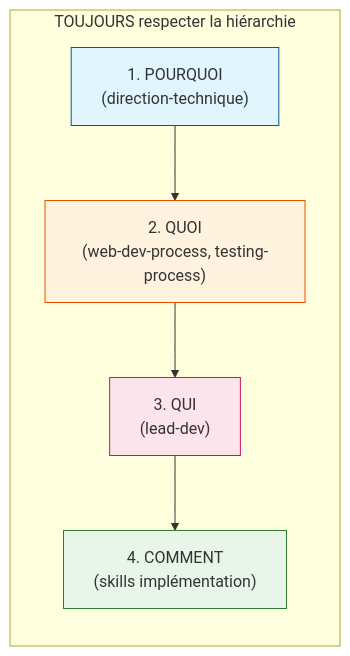
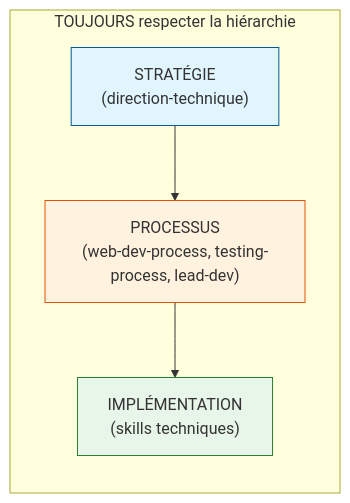
One commit to truchot/claude-skills-test changed the sixth of 7 diagrams in .web-agency/orchestration-framework/orchestration/dependency-graph.md. Above: the diagram before and after it, drawn with Mermaid. The commit also changed other lines of this file and 7 other files, not shown here.

````diff
--- a/.web-agency/orchestration-framework/orchestration/dependency-graph.md
+++ b/.web-agency/orchestration-framework/orchestration/dependency-graph.md
@@ -286,21 +286,18 @@
 ```mermaid
 flowchart TB
     subgraph HIERARCHIE["TOUJOURS respecter la hiérarchie"]
         direction TB
-        P1["1. POURQUOI<br/>(direction-technique)"]
-        P2["2. QUOI<br/>(web-dev-process, testing-process)"]
-        P3["3. QUI<br/>(lead-dev)"]
-        P4["4. COMMENT<br/>(skills implémentation)"]
-        P1 --> P2 --> P3 --> P4
+        P1["STRATÉGIE<br/>(direction-technique)"]
+        P2["PROCESSUS<br/>(web-dev-process, testing-process, lead-dev)"]
+        P3["IMPLÉMENTATION<br/>(skills techniques)"]
+        P1 --> P2 --> P3
     end
 
     classDef n1 fill:#e1f5fe,stroke:#01579b
     classDef n2 fill:#fff3e0,stroke:#e65100
-    classDef n3 fill:#fce4ec,stroke:#c2185b
-    classDef n4 fill:#e8f5e9,stroke:#2e7d32
+    classDef n3 fill:#e8f5e9,stroke:#2e7d32
 
     class P1 n1
     class P2 n2
     class P3 n3
-    class P4 n4
 ```
````
